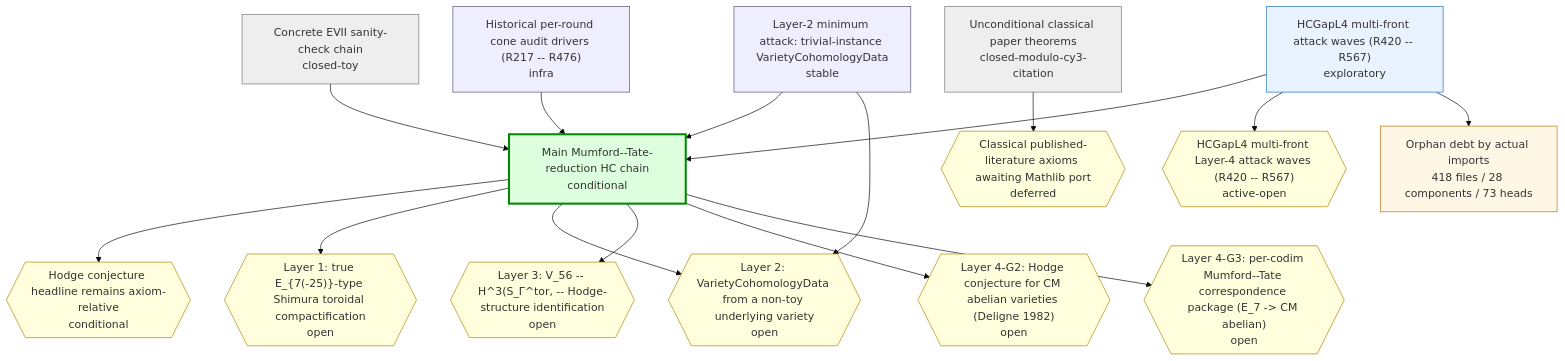
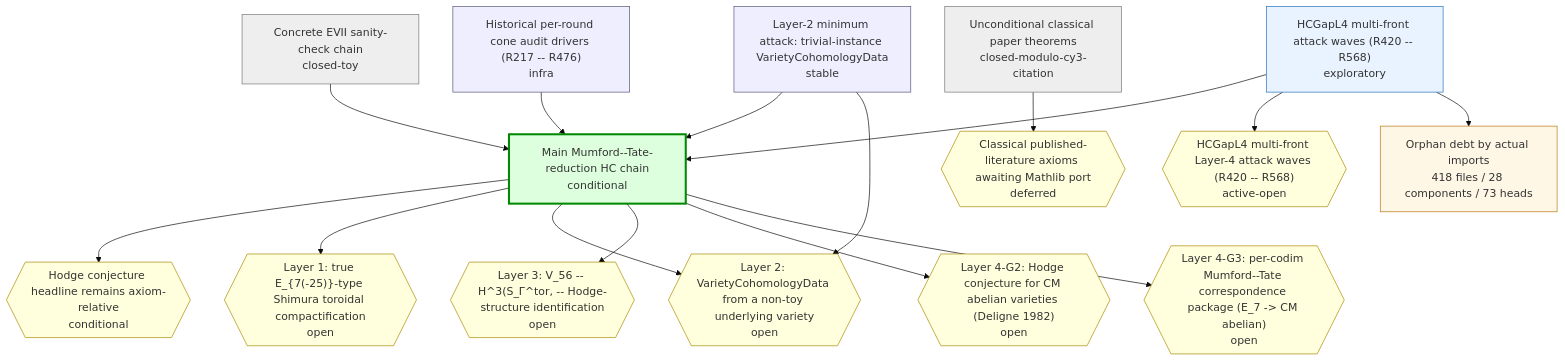
One commit to crabsatellite/hodge-conjecture-lean4-formalization changed the first of 2 diagrams in chain-status/research-map.md. Above: the diagram before and after it, drawn with Mermaid (base theme). The commit also changed other lines of this file and 8 other files, not shown here.

````diff
--- a/chain-status/research-map.md
+++ b/chain-status/research-map.md
@@ -45,44 +45,44 @@
 ```mermaid
 graph TD
   classDef main fill:#dfd,stroke:#080,stroke-width:3px
   classDef active fill:#e8f3ff,stroke:#2670b8
   classDef support fill:#eef,stroke:#557
   classDef closed fill:#eee,stroke:#777
   classDef dead fill:#fdd,stroke:#a00,stroke-width:2px
   classDef gapOpen fill:#ffd,stroke:#a80
   classDef gapClosed fill:#eee,stroke:#777
   classDef gapDead fill:#fdd,stroke:#a00
   classDef debt fill:#fff7e6,stroke:#b87514
   classDef debtTaxonomy fill:#e8f3ff,stroke:#2670b8,stroke-dasharray:3 3
   classDef debtRule fill:#eefbea,stroke:#398439,stroke-dasharray:3 3
   classDef debtDead fill:#fdd,stroke:#a00,stroke-dasharray:3 3
   chain_main_hc_axiom_relative["Main Mumford--Tate-reduction HC chain\nconditional"]:::main
   chain_unconditional_classical["Unconditional classical paper theorems\nclosed-modulo-cy3-citation"]:::closed
   chain_hcgap_l2_trivial_instances["Layer-2 minimum attack: trivial-instance VarietyCohomologyData\nstable"]:::support
-  chain_hcgap_l4_multifront_active["HCGapL4 multi-front attack waves (R420 -- R567)\nexploratory"]:::active
+  chain_hcgap_l4_multifront_active["HCGapL4 multi-front attack waves (R420 -- R568)\nexploratory"]:::active
   chain_concrete_evii_toy["Concrete EVII sanity-check chain\nclosed-toy"]:::closed
   chain_historical_cone_audits["Historical per-round cone audit drivers (R217 -- R476)\ninfra"]:::support
   gap_G_main_hc{{"Hodge conjecture headline remains axiom-relative\nconditional"}}:::gapOpen
   gap_G_l1_e7_shimura_tor{{"Layer 1: true E_{7(-25)}-type Shimura toroidal compactification\nopen"}}:::gapOpen
   gap_G_l2_cohomology_construction{{"Layer 2: VarietyCohomologyData from a non-toy underlying variety\nopen"}}:::gapOpen
   gap_G_l3_v56_mt_identification{{"Layer 3: V_56 -- H^3(S_Γ^tor, -- Hodge-structure identification\nopen"}}:::gapOpen
   gap_G_l4_cm_abelian_hc{{"Layer 4-G2: Hodge conjecture for CM abelian varieties (Deligne 1982)\nopen"}}:::gapOpen
   gap_G_l4_mt_correspondence{{"Layer 4-G3: per-codim Mumford--Tate correspondence package (E_7 -> CM abelian)\nopen"}}:::gapOpen
   gap_G_classical_mathlib_port{{"Classical published-literature axioms awaiting Mathlib port\ndeferred"}}:::gapOpen
-  gap_G_hcgap_l4_multifront{{"HCGapL4 multi-front Layer-4 attack waves (R420 -- R567)\nactive-open"}}:::gapOpen
+  gap_G_hcgap_l4_multifront{{"HCGapL4 multi-front Layer-4 attack waves (R420 -- R568)\nactive-open"}}:::gapOpen
   chain_main_hc_axiom_relative --> gap_G_main_hc
   chain_main_hc_axiom_relative --> gap_G_l1_e7_shimura_tor
   chain_main_hc_axiom_relative --> gap_G_l2_cohomology_construction
   chain_main_hc_axiom_relative --> gap_G_l3_v56_mt_identification
   chain_main_hc_axiom_relative --> gap_G_l4_cm_abelian_hc
   chain_main_hc_axiom_relative --> gap_G_l4_mt_correspondence
   chain_unconditional_classical --> gap_G_classical_mathlib_port
   chain_hcgap_l2_trivial_instances --> chain_main_hc_axiom_relative
   chain_hcgap_l2_trivial_instances --> gap_G_l2_cohomology_construction
   chain_hcgap_l4_multifront_active --> chain_main_hc_axiom_relative
   chain_hcgap_l4_multifront_active --> gap_G_hcgap_l4_multifront
   chain_concrete_evii_toy --> chain_main_hc_axiom_relative
   chain_historical_cone_audits --> chain_main_hc_axiom_relative
   debt_all["Orphan debt by actual imports\n418 files / 28 components / 73 heads"]:::debt
   chain_hcgap_l4_multifront_active --> debt_all
 ```
````
